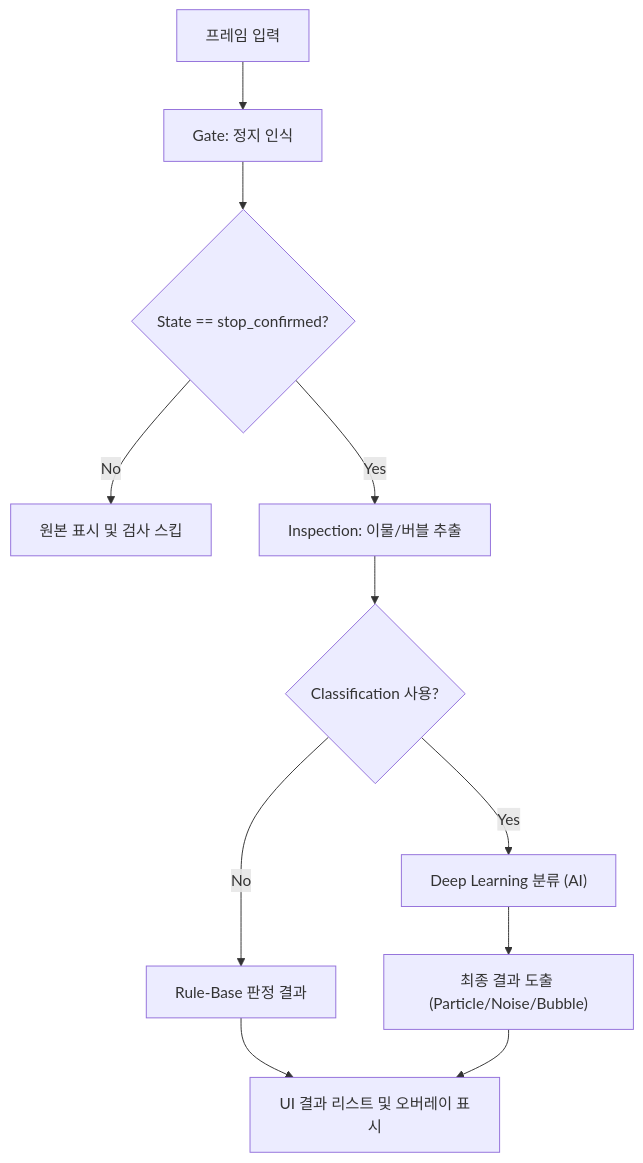
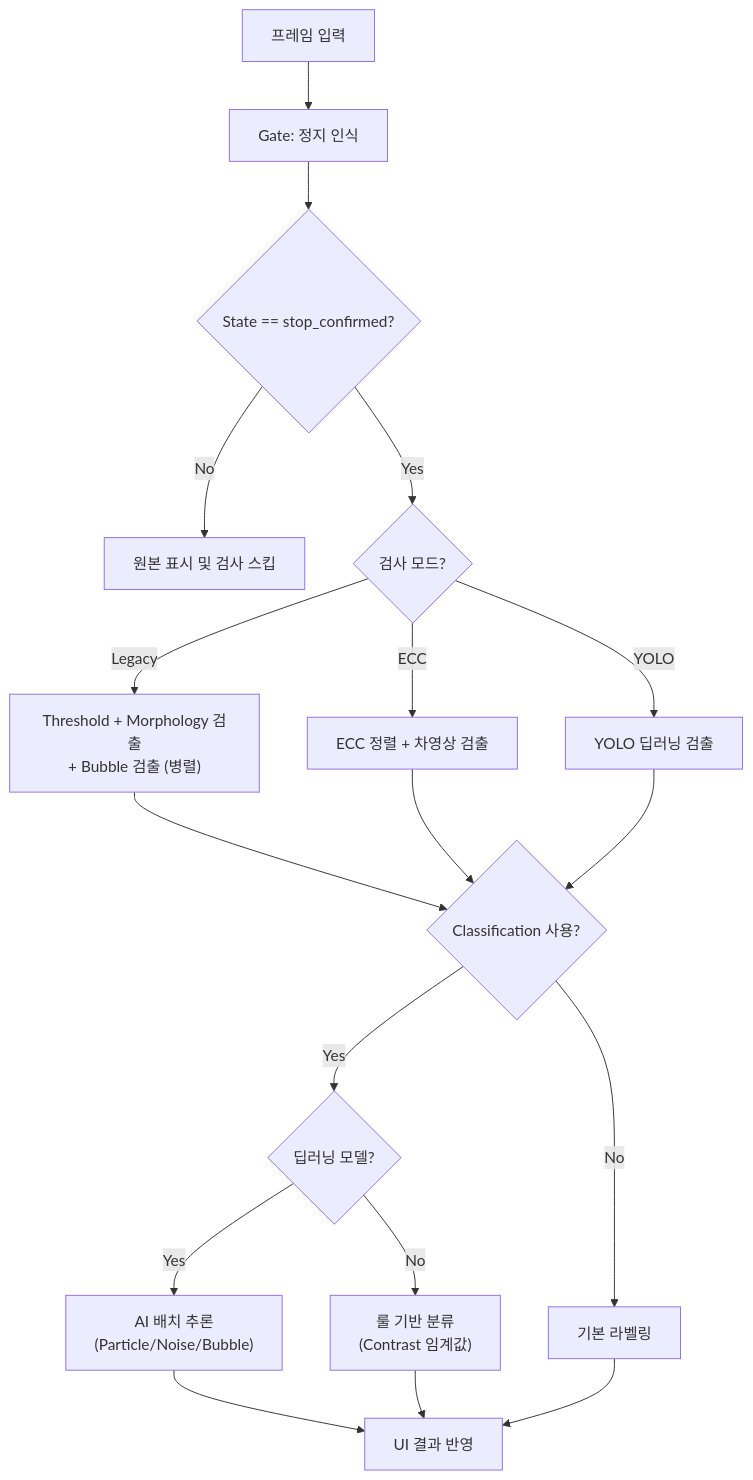
One commit to IshNar/ObsidianGitTest changed the third of 3 diagrams in ForeignBody Insp/Review/Main_Window_UI_Description.md. Above: the diagram before and after it, drawn with Mermaid. The commit also changed other lines of this file and 5 other files, not shown here.

````diff
--- a/ForeignBody Insp/Review/Main_Window_UI_Description.md
+++ b/ForeignBody Insp/Review/Main_Window_UI_Description.md
@@ -225,13 +236,20 @@
 ```mermaid
 graph TD
     A["프레임 입력"] --> B["Gate: 정지 인식"]
     B --> C{"State == stop_confirmed?"}
     C -- No --> D["원본 표시 및 검사 스킵"]
-    C -- Yes --> E["Inspection: 이물/버블 추출"]
-    E --> F{"Classification 사용?"}
-    F -- No --> G["Rule-Base 판정 결과"]
-    F -- Yes --> H["Deep Learning 분류 (AI)"]
-    H --> I["최종 결과 도출 (Particle/Noise/Bubble)"]
-    G --> J["UI 결과 리스트 및 오버레이 표시"]
-    I --> J
+    C -- Yes --> E{"검사 모드?"}
+    E -- Legacy --> F["Threshold + Morphology 검출<br/>+ Bubble 검출 (병렬)"]
+    E -- ECC --> G["ECC 정렬 + 차영상 검출"]
+    E -- YOLO --> H["YOLO 딥러닝 검출"]
+    F --> I{"Classification 사용?"}
+    G --> I
+    H --> I
+    I -- Yes --> J{"딥러닝 모델?"}
+    J -- Yes --> K["AI 배치 추론<br/>(Particle/Noise/Bubble)"]
+    J -- No --> L["룰 기반 분류<br/>(Contrast 임계값)"]
+    I -- No --> M["기본 라벨링"]
+    K --> N["UI 결과 반영"]
+    L --> N
+    M --> N
 ```
````
